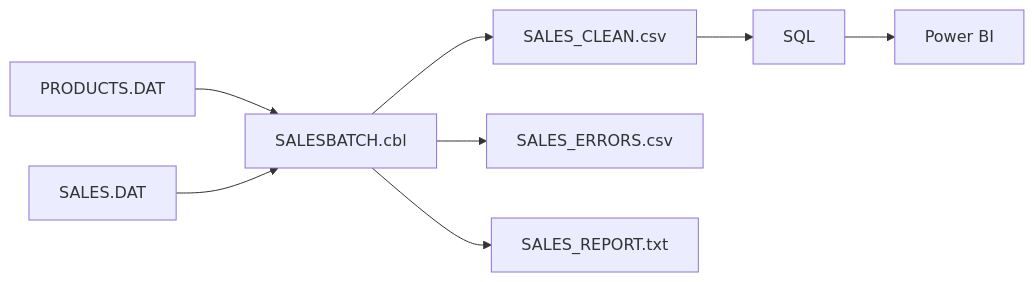
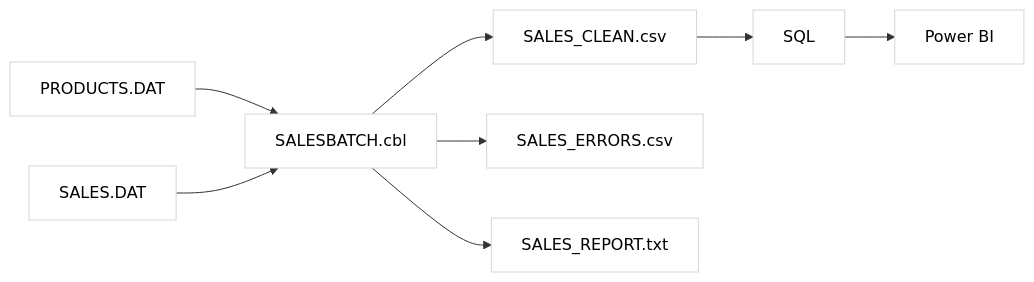
Before and after one commit to ivaanbb1/legacy-sales-batch-pipeline: the diagram in README.md, drawn with Mermaid.

Commit message:
Mejorar legibilidad del diagrama

````diff
--- a/README.md
+++ b/README.md
@@ -18,10 +18,13 @@
 ```mermaid
 flowchart LR
     A["PRODUCTS.DAT"] --> C["SALESBATCH.cbl"]
     B["SALES.DAT"] --> C
     C --> D["SALES_CLEAN.csv"]
     C --> E["SALES_ERRORS.csv"]
     C --> F["SALES_REPORT.txt"]
     D --> G["SQL"]
     G --> H["Power BI"]
+
+    classDef readable fill:#ffffff,stroke:#d0d7de,color:#000000;
+    class A,B,C,D,E,F,G,H readable
 ```
````
